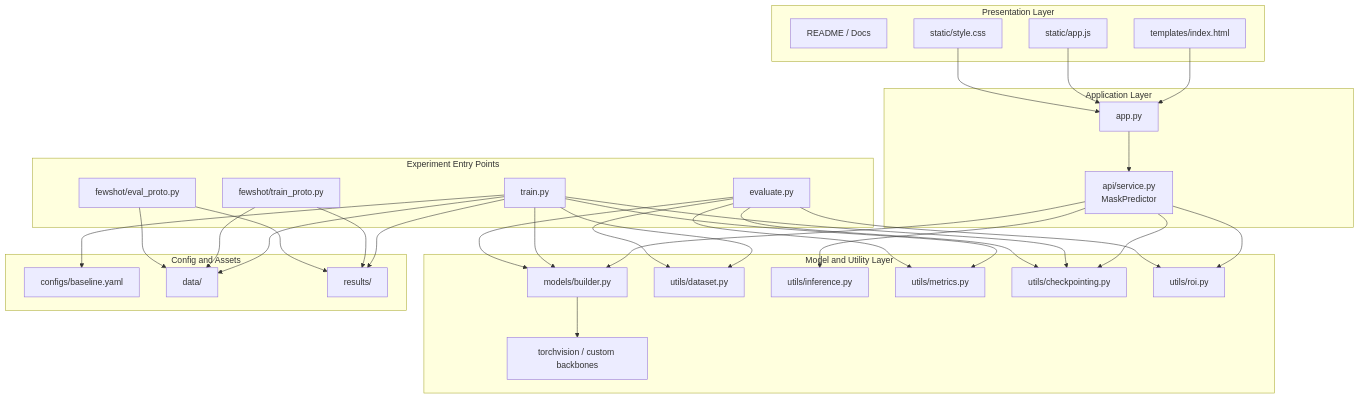
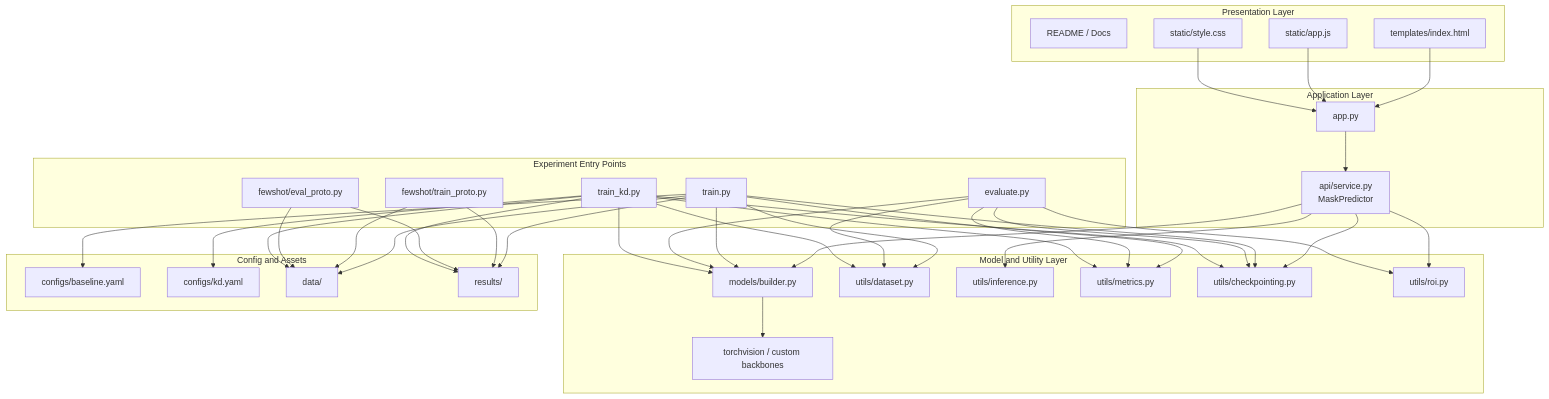
Before and after one commit to Axi-code/face-mask-recognition-benchmark: the second of 2 diagrams in README.md, drawn with Mermaid. The commit also changed other lines of this file and 28 other files, not shown here.

````diff
--- a/README.md
+++ b/README.md
@@ -76,63 +82,72 @@
 ```mermaid
 flowchart TD
     subgraph UI[Presentation Layer]
         A1[README / Docs]
         A2[templates/index.html]
         A3[static/app.js]
         A4[static/style.css]
     end
 
     subgraph APP[Application Layer]
         B1[app.py]
         B2[api/service.py<br/>MaskPredictor]
     end
 
     subgraph CORE[Model and Utility Layer]
         C1[models/builder.py]
         C2[torchvision / custom backbones]
         C3[utils/dataset.py]
         C4[utils/inference.py]
         C5[utils/metrics.py]
         C6[utils/checkpointing.py]
         C7[utils/roi.py]
     end
 
     subgraph EXP[Experiment Entry Points]
         D1[train.py]
         D2[evaluate.py]
         D3[fewshot/train_proto.py]
         D4[fewshot/eval_proto.py]
+        D5[train_kd.py]
     end
 
     subgraph ASSET[Config and Assets]
         E1[configs/baseline.yaml]
+        E1b[configs/kd.yaml]
         E2[data/]
         E3[results/]
     end
 
     A2 --> B1
     A3 --> B1
     A4 --> B1
     B1 --> B2
     B2 --> C1
     B2 --> C4
     B2 --> C6
     B2 --> C7
     D1 --> C1
     D1 --> C3
     D1 --> C5
     D1 --> C6
     D1 --> E1
     D1 --> E2
     D1 --> E3
     D2 --> C1
     D2 --> C3
     D2 --> C5
     D2 --> C6
     D2 --> C7
     D3 --> E2
     D3 --> E3
     D4 --> E2
     D4 --> E3
+    D5 --> C1
+    D5 --> C3
+    D5 --> C5
+    D5 --> C6
+    D5 --> E1b
+    D5 --> E2
+    D5 --> E3
     C1 --> C2
 ```
````
